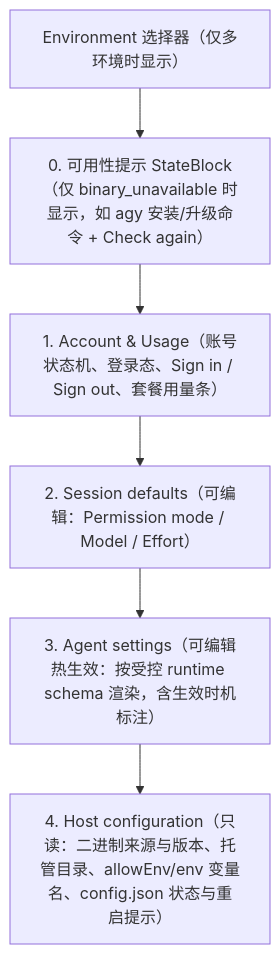
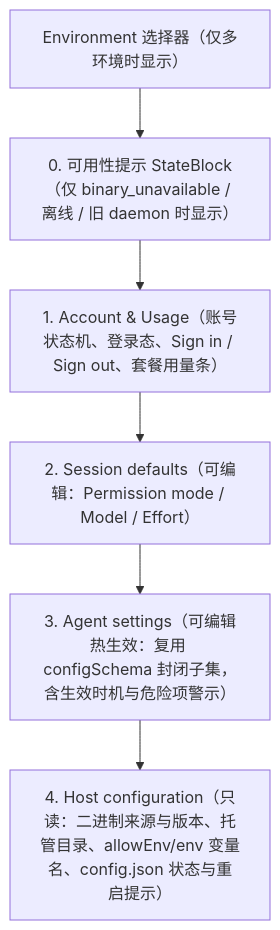
Before and after one commit to OhMyJames/cycle: the diagram in docs/harness-settings.md, drawn with Mermaid. The commit also changed other lines of this file and 2 other files, not shown here.

Commit message:
docs: incorporate Claude review findings into Harness settings design

````diff
--- a/docs/harness-settings.md
+++ b/docs/harness-settings.md
@@ -77,8 +101,8 @@
 ```mermaid
 flowchart TD
-    Env["Environment 选择器（仅多环境时显示）"] --> Avail["0. 可用性提示 StateBlock（仅 binary_unavailable 时显示，如 agy 安装/升级命令 + Check again）"]
+    Env["Environment 选择器（仅多环境时显示）"] --> Avail["0. 可用性提示 StateBlock（仅 binary_unavailable / 离线 / 旧 daemon 时显示）"]
     Avail --> Acc["1. Account & Usage（账号状态机、登录态、Sign in / Sign out、套餐用量条）"]
     Acc --> Def["2. Session defaults（可编辑：Permission mode / Model / Effort）"]
-    Def --> Run["3. Agent settings（可编辑热生效：按受控 runtime schema 渲染，含生效时机标注）"]
+    Def --> Run["3. Agent settings（可编辑热生效：复用 configSchema 封闭子集，含生效时机与危险项警示）"]
     Run --> Host["4. Host configuration（只读：二进制来源与版本、托管目录、allowEnv/env 变量名、config.json 状态与重启提示）"]
 ```
````
